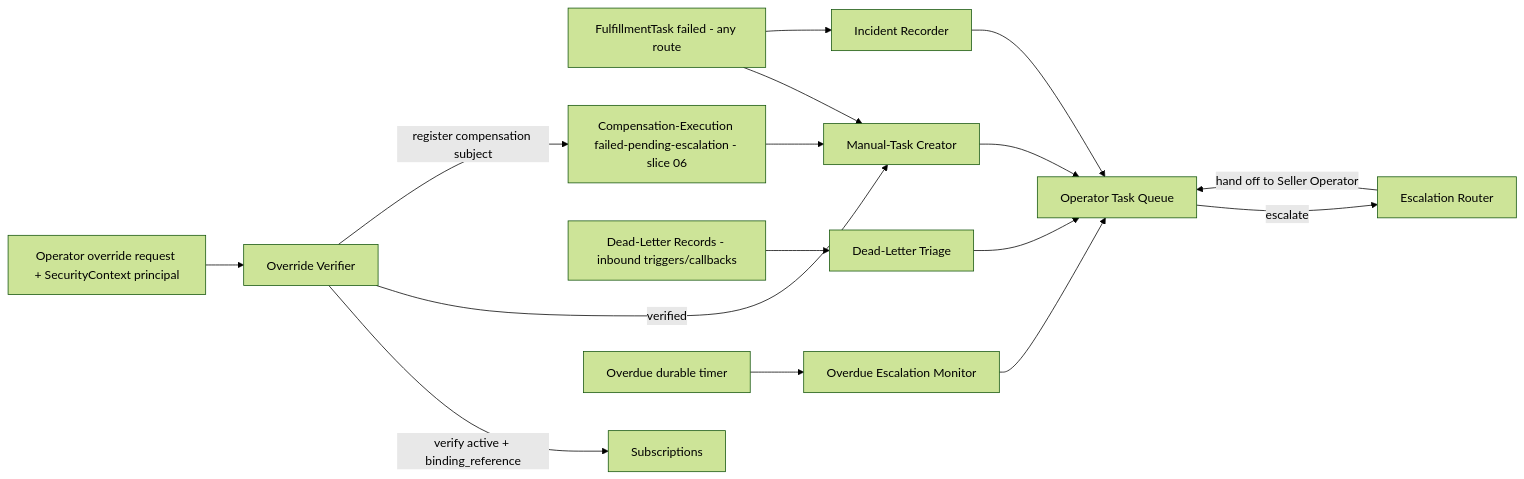
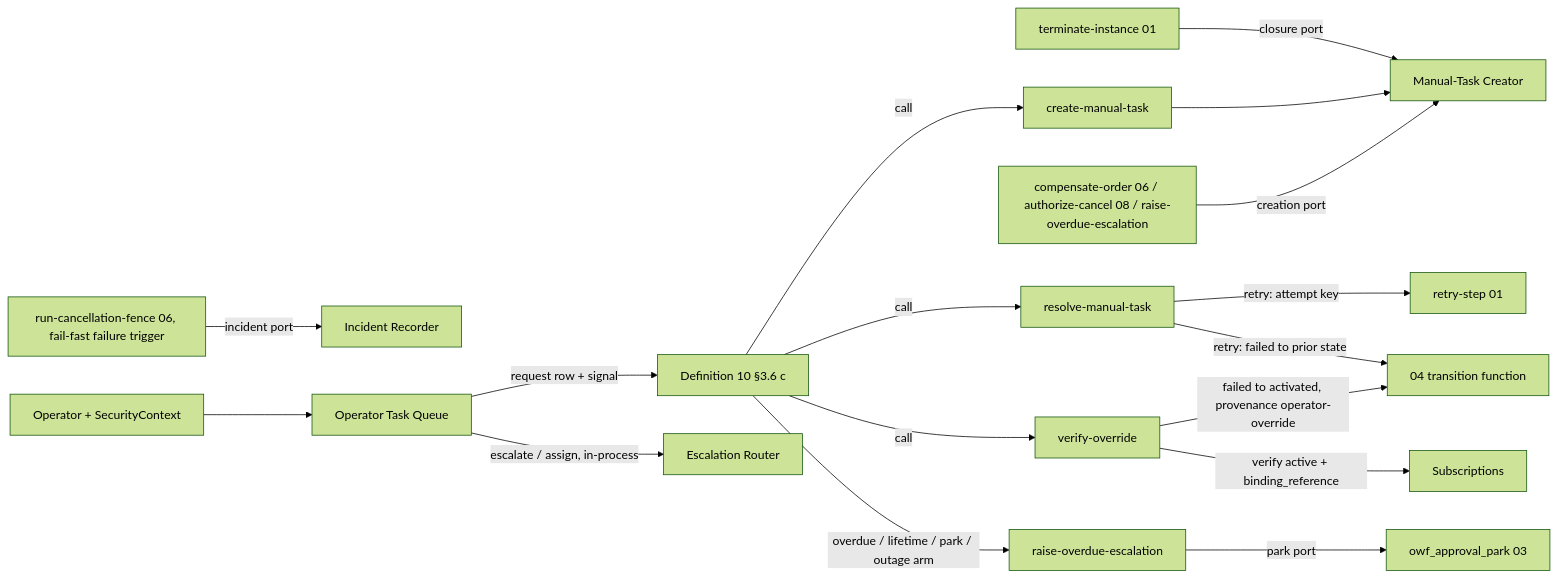
The first of 5 diagrams in gears/bss/orders-workflow/docs/design/07-manual-tasks.md (constructorfabric/gears-rust), drawn with Mermaid (forest theme) before and after one commit. The commit also changed other lines of this file, not shown here.

Commit message:
docs(bss/orders-workflow): slice 07 provides step operations and a definition fragment (create, resolve, verify-override and overdue escalation become four operations over the task record; the overdue timer becomes a definition wait)

````diff
--- a/gears/bss/orders-workflow/docs/design/07-manual-tasks.md
+++ b/gears/bss/orders-workflow/docs/design/07-manual-tasks.md
@@ -210,18 +336,19 @@
 ```mermaid
 graph LR
-    FT[FulfillmentTask failed - any route] --> MTC[Manual-Task Creator]
-    CE[Compensation-Execution failed-pending-escalation - slice 06] --> MTC
-    FT --> IR[Incident Recorder]
-    MTC --> Q[Operator Task Queue]
-    IR --> Q
-    DL[Dead-Letter Records - inbound triggers/callbacks] --> DLT[Dead-Letter Triage]
-    DLT --> Q
-    OP[Operator override request + SecurityContext principal] --> OV[Override Verifier]
-    OV -->|verify active + binding_reference| SUB[Subscriptions]
-    OV -->|verified| MTC
-    OV -->|register compensation subject| CE
-    Q -->|escalate| ER[Escalation Router]
-    ER -->|hand off to Seller Operator| Q
-    TIMER[Overdue durable timer] --> OEM[Overdue Escalation Monitor]
-    OEM --> Q
+    DEF[Definition 10 §3.6 c] -->|call| CMT[create-manual-task]
+    CO[compensate-order 06 / authorize-cancel 08 / raise-overdue-escalation] -->|creation port| MTC[Manual-Task Creator]
+    CMT --> MTC
+    CO06[run-cancellation-fence 06, fail-fast failure trigger] -->|incident port| IR[Incident Recorder]
+    OPS[Operator + SecurityContext] --> Q[Operator Task Queue]
+    Q -->|request row + signal| DEF
+    DEF -->|call| RMT[resolve-manual-task]
+    DEF -->|call| VO[verify-override]
+    VO -->|verify active + binding_reference| SUB[Subscriptions]
+    VO -->|failed to activated, provenance operator-override| FT[04 transition function]
+    RMT -->|retry: failed to prior state| FT
+    RMT -->|retry: attempt key| RS[retry-step 01]
+    Q -->|escalate / assign, in-process| ER[Escalation Router]
+    DEF -->|overdue / lifetime / park / outage arm| ROE[raise-overdue-escalation]
+    ROE -->|park port| PARK[owf_approval_park 03]
+    TI[terminate-instance 01] -->|closure port| MTC
 ```
````
